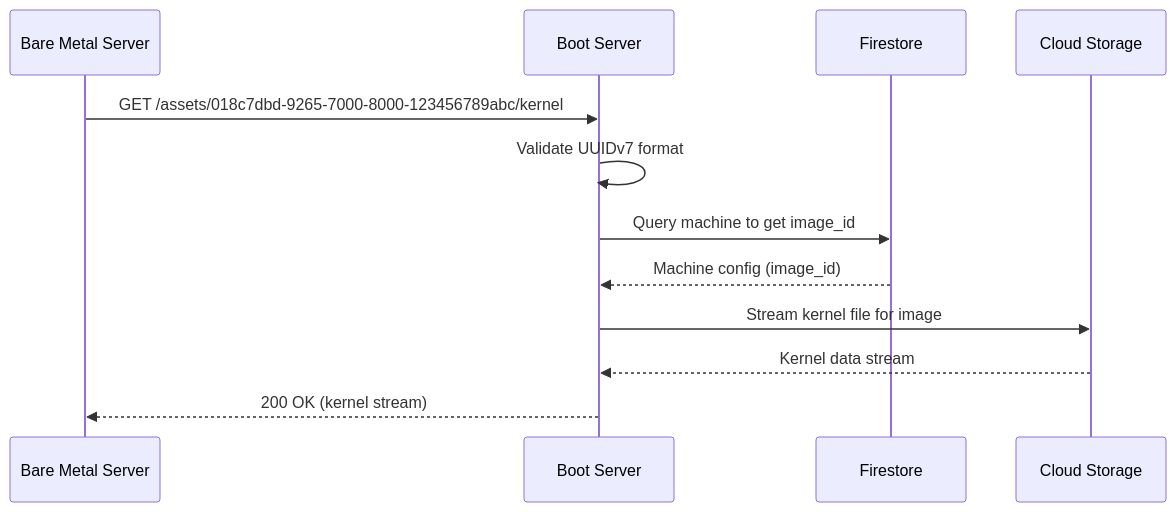
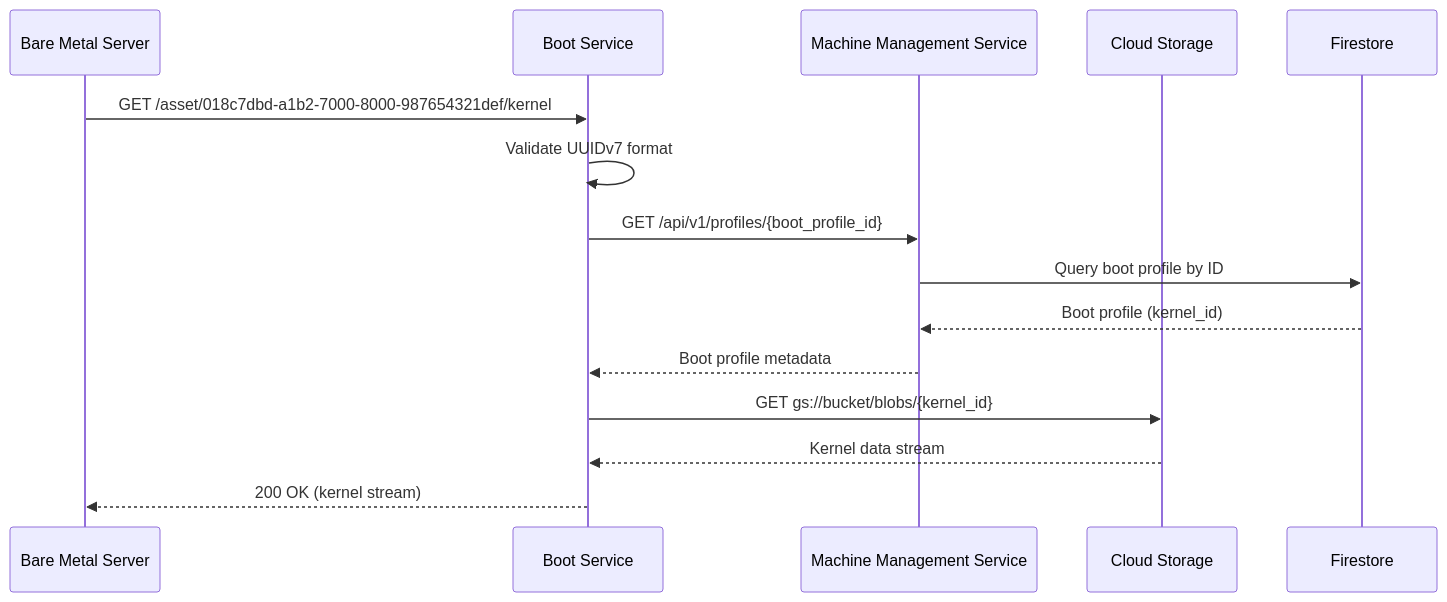
Before and after one commit to Zaba505/infra: the second of 3 diagrams in docs/content/r&d/services/boot/uefi-boot-endpoints.md, drawn with Mermaid. The commit also changed other lines of this file and 4 other files, not shown here.

Commit message:
docs(issue-605): simplify flow

````diff
--- a/docs/content/r&d/services/boot/uefi-boot-endpoints.md
+++ b/docs/content/r&d/services/boot/uefi-boot-endpoints.md
@@ -93,15 +97,18 @@
 ```mermaid
 sequenceDiagram
     participant Client as Bare Metal Server
-    participant Boot as Boot Server
+    participant Boot as Boot Service
+    participant MgmtAPI as Machine Management Service
+    participant Storage as Cloud Storage
     participant DB as Firestore
-    participant Storage as Cloud Storage
     
-    Client->>Boot: GET /assets/018c7dbd-9265-7000-8000-123456789abc/kernel
+    Client->>Boot: GET /asset/018c7dbd-a1b2-7000-8000-987654321def/kernel
     Boot->>Boot: Validate UUIDv7 format
-    Boot->>DB: Query machine to get image_id
-    DB-->>Boot: Machine config (image_id)
-    Boot->>Storage: Stream kernel file for image
+    Boot->>MgmtAPI: GET /api/v1/profiles/{boot_profile_id}
+    MgmtAPI->>DB: Query boot profile by ID
+    DB-->>MgmtAPI: Boot profile (kernel_id)
+    MgmtAPI-->>Boot: Boot profile metadata
+    Boot->>Storage: GET gs://bucket/blobs/{kernel_id}
     Storage-->>Boot: Kernel data stream
     Boot-->>Client: 200 OK (kernel stream)
 ```
````
